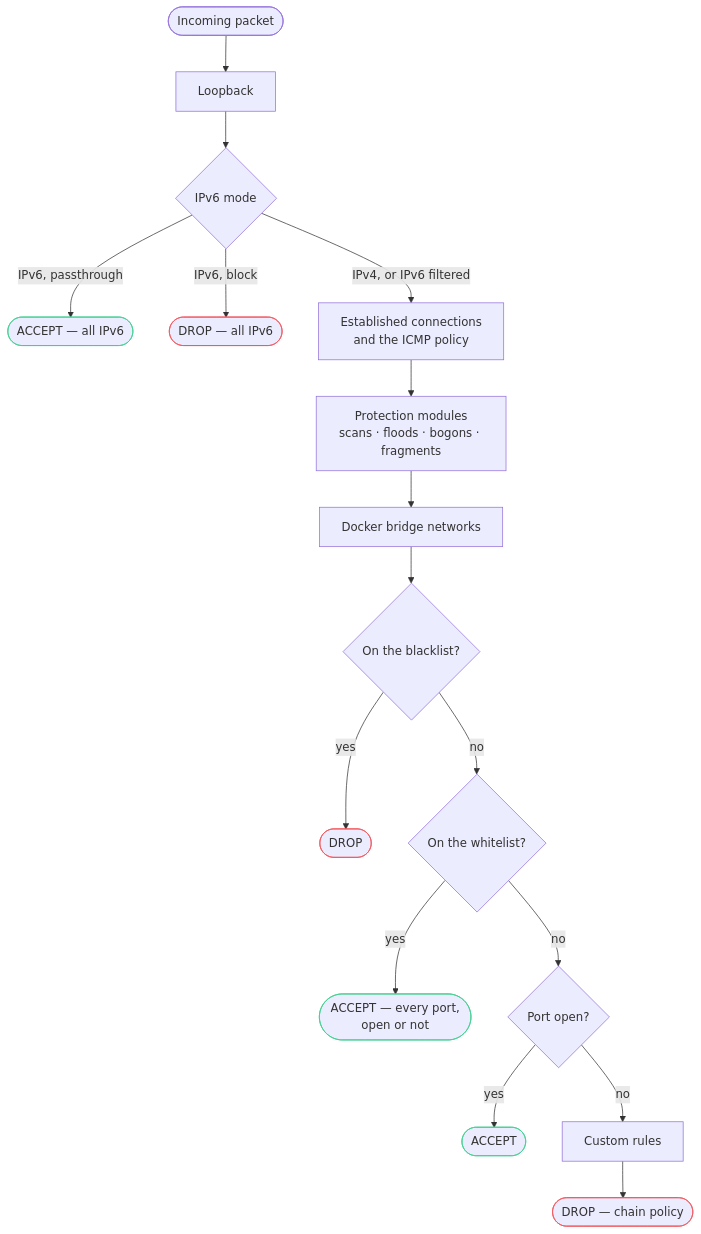
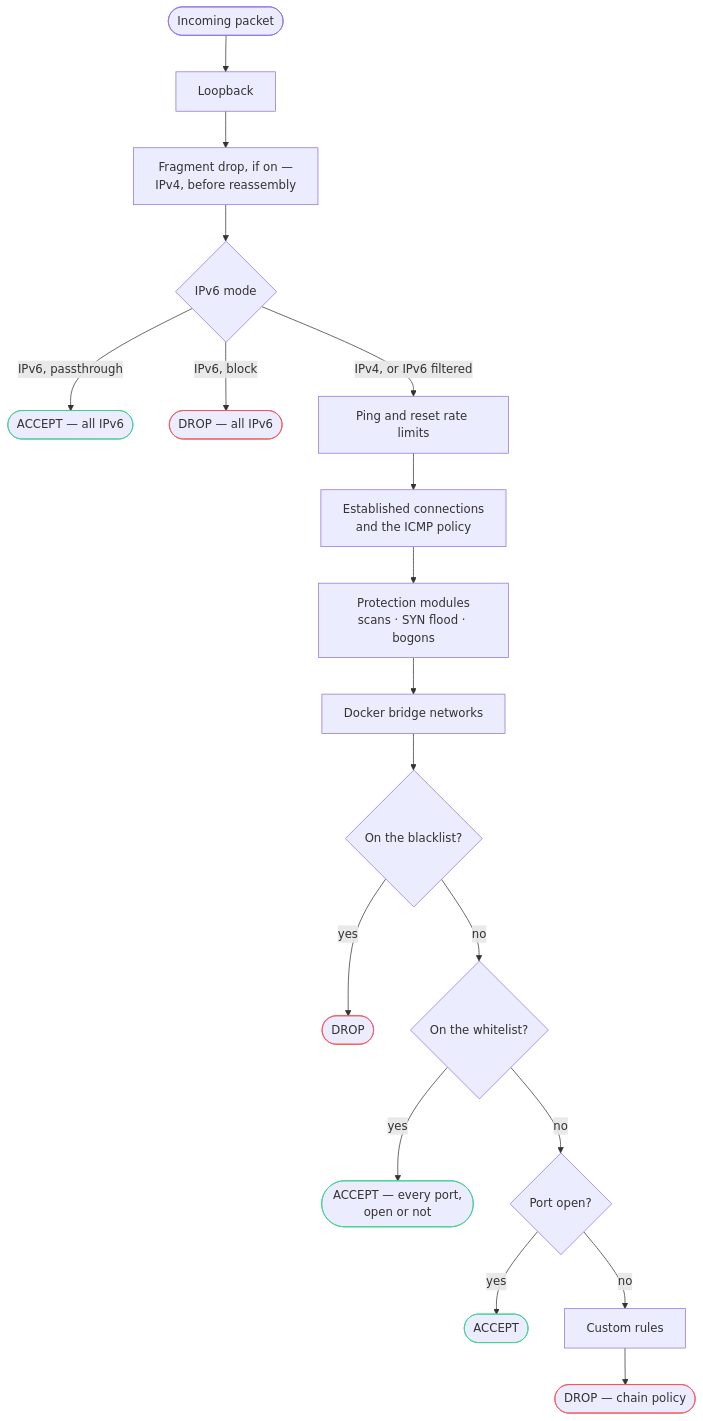
Before and after one commit to jp1337/easywall: the diagram in docs/_diagrams/rule-order.mmd, drawn with Mermaid. The commit also changed 13 other files, not shown here.

First line of the commit message:
fix(core): fragment drop, ICMP flood and TCP RST flood act on real traffic

```diff
--- a/docs/_diagrams/rule-order.mmd
+++ b/docs/_diagrams/rule-order.mmd
@@ -1,23 +1,25 @@
 flowchart TD
   P(["Incoming packet"]) --> L["Loopback"]
-  L --> V{"IPv6 mode"}
+  L --> F["Fragment drop, if on —<br/>IPv4, before reassembly"]
+  F --> V{"IPv6 mode"}
   V -->|"IPv6, passthrough"| A1(["ACCEPT — all IPv6"])
   V -->|"IPv6, block"| X0(["DROP — all IPv6"])
-  V -->|"IPv4, or IPv6 filtered"| H["Established connections<br/>and the ICMP policy"]
-  H --> M["Protection modules<br/>scans · floods · bogons · fragments"]
+  V -->|"IPv4, or IPv6 filtered"| R["Ping and reset rate limits"]
+  R --> H["Established connections<br/>and the ICMP policy"]
+  H --> M["Protection modules<br/>scans · SYN flood · bogons"]
   M --> D["Docker bridge networks"]
   D --> B{"On the blacklist?"}
   B -->|yes| X1(["DROP"])
   B -->|no| W{"On the whitelist?"}
   W -->|yes| A3(["ACCEPT — every port,<br/>open or not"])
   W -->|no| O{"Port open?"}
   O -->|yes| A4(["ACCEPT"])
   O -->|no| C["Custom rules"]
   C --> X2(["DROP — chain policy"])
 
   style X0 stroke:#f2555a
   style X1 stroke:#f2555a
   style X2 stroke:#f2555a
   style A1 stroke:#3ecf8e
   style A3 stroke:#3ecf8e
   style A4 stroke:#3ecf8e
```
